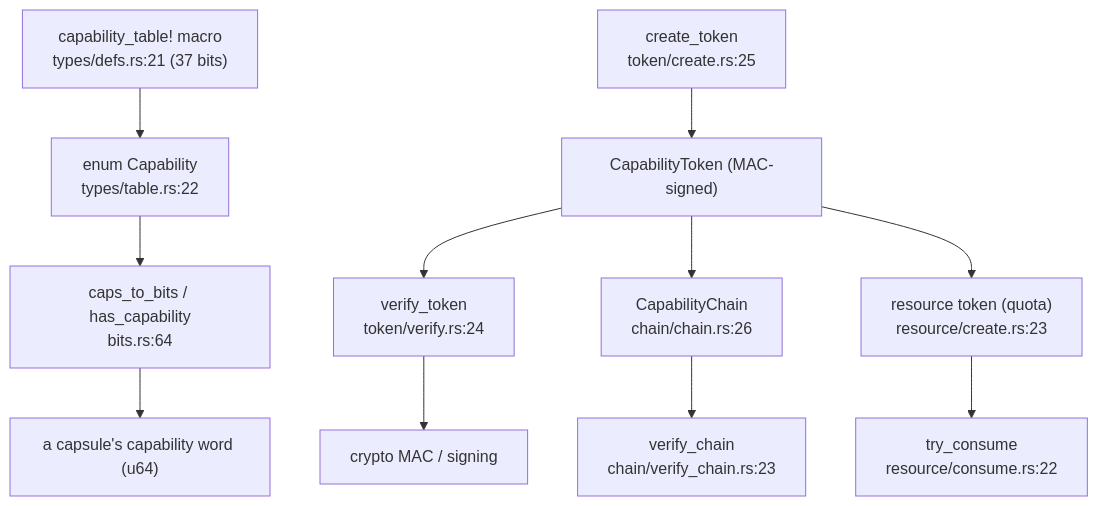
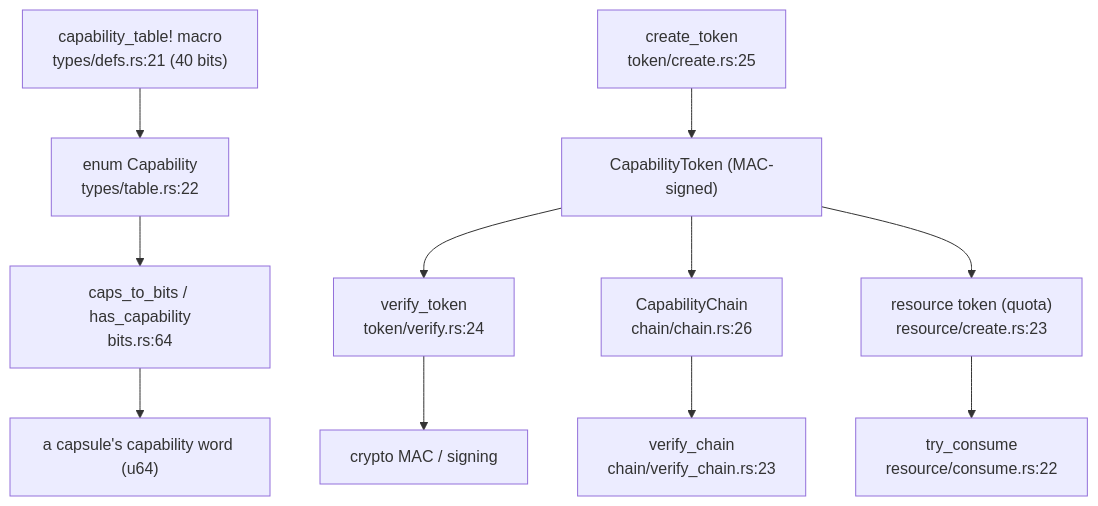
The diagram in docs/internals/capabilities.md (NON-OS/microkernel), drawn with Mermaid before and after one commit. The commit also changed other lines of this file and 558 other files, not shown here.

````diff
--- a/docs/internals/capabilities.md
+++ b/docs/internals/capabilities.md
@@ -9,13 +9,13 @@
 ```mermaid
 flowchart TB
-    table["capability_table! macro<br/>types/defs.rs:21 (37 bits)"] --> cap["enum Capability<br/>types/table.rs:22"]
+    table["capability_table! macro<br/>types/defs.rs:21 (40 bits)"] --> cap["enum Capability<br/>types/table.rs:22"]
     cap --> bits["caps_to_bits / has_capability<br/>bits.rs:64"]
     bits --> word["a capsule's capability word (u64)"]
     create["create_token<br/>token/create.rs:25"] --> tok["CapabilityToken (MAC-signed)"]
     tok --> verify["verify_token<br/>token/verify.rs:24"]
     tok --> chain["CapabilityChain<br/>chain/chain.rs:26"]
     chain --> vchain["verify_chain<br/>chain/verify_chain.rs:23"]
     tok --> rsrc["resource token (quota)<br/>resource/create.rs:23"]
     rsrc --> consume["try_consume<br/>resource/consume.rs:22"]
     verify --> mac["crypto MAC / signing"]
 ```
````
